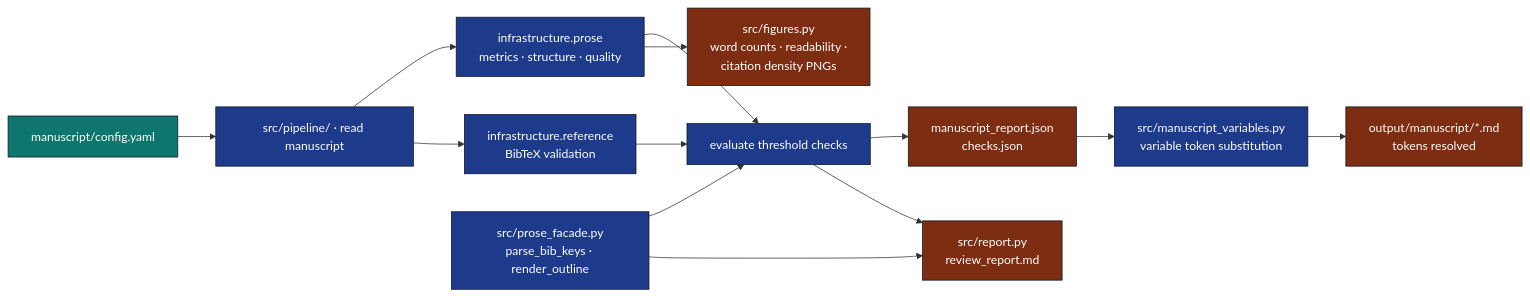
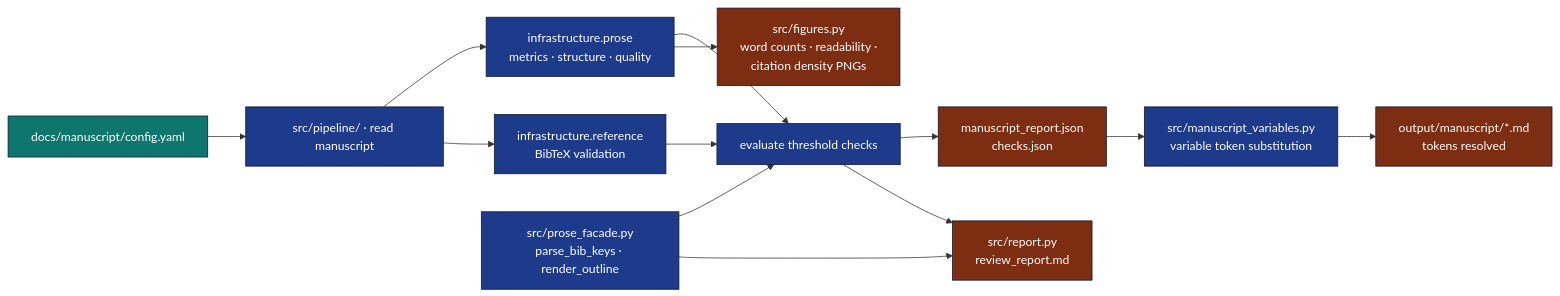
One commit to docxology/template changed the diagram in projects/templates/template_prose_project/README.md. Above: the diagram before and after it, drawn with Mermaid. The commit also changed other lines of this file and 1584 other files, not shown here.

````diff
--- a/projects/templates/template_prose_project/README.md
+++ b/projects/templates/template_prose_project/README.md
@@ -102,22 +102,22 @@
 ```mermaid
 flowchart LR
-    CFG[manuscript/config.yaml] --> READ[src/pipeline/ · read manuscript]
+    CFG[docs/manuscript/config.yaml] --> READ[src/pipeline/ · read manuscript]
     READ --> PROSE[infrastructure.prose<br/>metrics · structure · quality]
     READ --> BIB[infrastructure.reference<br/>BibTeX validation]
     PF[src/prose_facade.py<br/>parse_bib_keys · render_outline] --> CHECKS
     PROSE --> CHECKS[evaluate threshold checks]
     BIB --> CHECKS
     CHECKS --> JSON[manuscript_report.json<br/>checks.json]
     CHECKS --> RPT[src/report.py<br/>review_report.md]
     PF --> RPT
     PROSE --> FIG[src/figures.py<br/>word counts · readability ·<br/>citation density PNGs]
     JSON --> MV[src/manuscript_variables.py<br/>variable token substitution]
     MV --> SUB[output/manuscript/*.md<br/>tokens resolved]
 
     classDef io fill:#0f766e,stroke:#0f172a,color:#fff
     classDef proc fill:#1e3a8a,stroke:#0f172a,color:#fff
     classDef out fill:#7c2d12,stroke:#0f172a,color:#fff
     class CFG io
     class READ,PROSE,BIB,CHECKS,MV,PF proc
     class JSON,RPT,FIG,SUB out
 ```
````
